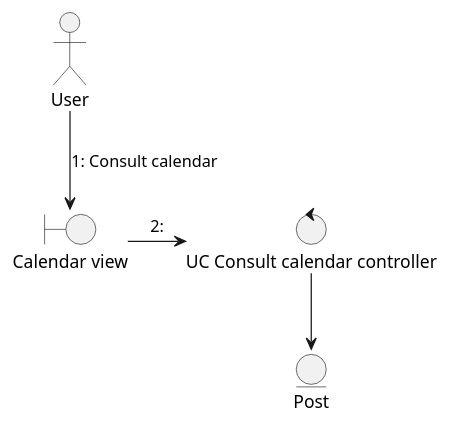
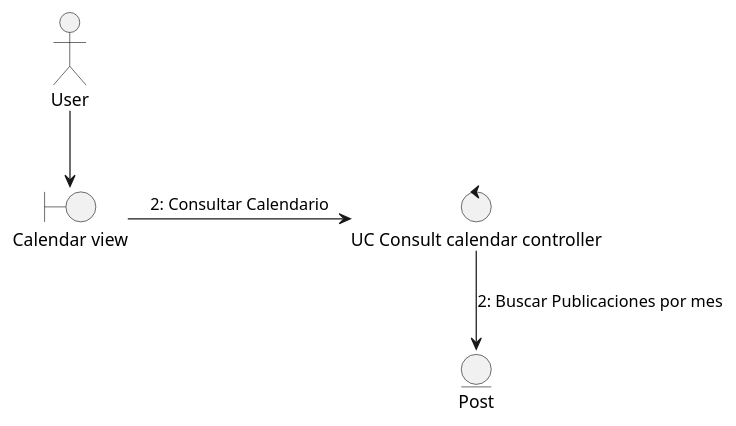
Before and after one commit to Dayannis-07/ING_SOFT: the diagram in docs/scenariosView/collaborationDiagram/useCase-ConsultarCalendario.plantuml, drawn with PlantUML. The commit also changed 1 other file, not shown here.

Commit message:
update ConsultarCalendario use useCase

```diff
--- a/docs/scenariosView/collaborationDiagram/useCase-ConsultarCalendario.plantuml
+++ b/docs/scenariosView/collaborationDiagram/useCase-ConsultarCalendario.plantuml
@@ -1,10 +1,10 @@
 @startuml Consultar Calendario
 actor User as User
 
 boundary "Calendar view" as view
 control "UC Consult calendar controller" as controller
 entity Post as P
-User --> view : "1: Consult calendar" 
-view-r->controller : "2:"
-controller-->P 
+User --> view 
+view-r->controller : "2: Consultar Calendario"
+controller-->P : "2: Buscar Publicaciones por mes"
 @enduml
```
